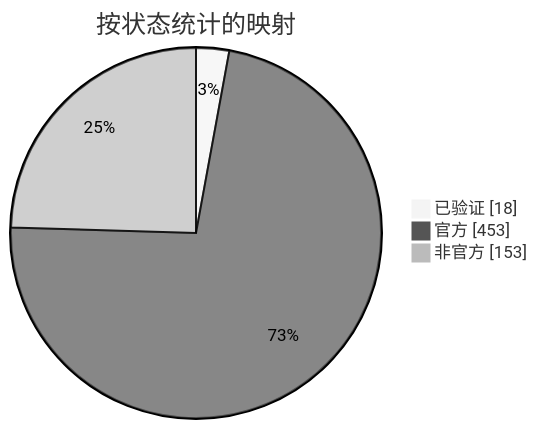
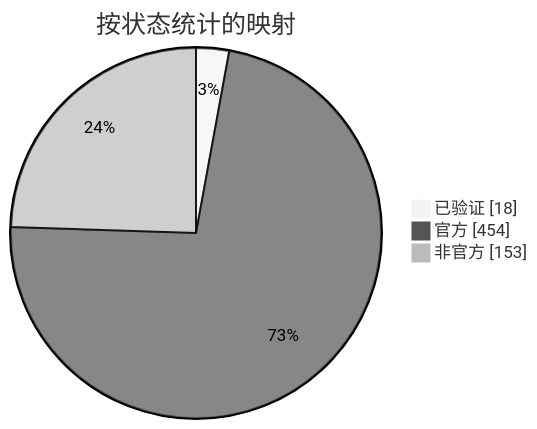
The diagram in docs/readme/README_ZHS.md (nobrega8/mbmap-library), drawn with Mermaid (neutral theme) before and after one commit. The commit also changed 6 other files, not shown here.

````diff
--- a/docs/readme/README_ZHS.md
+++ b/docs/readme/README_ZHS.md
@@ -54,7 +54,7 @@
 ```mermaid
 pie showData
     title 按状态统计的映射
     "已验证" : 18
-    "官方" : 453
+    "官方" : 454
     "非官方" : 153
 ```
````
